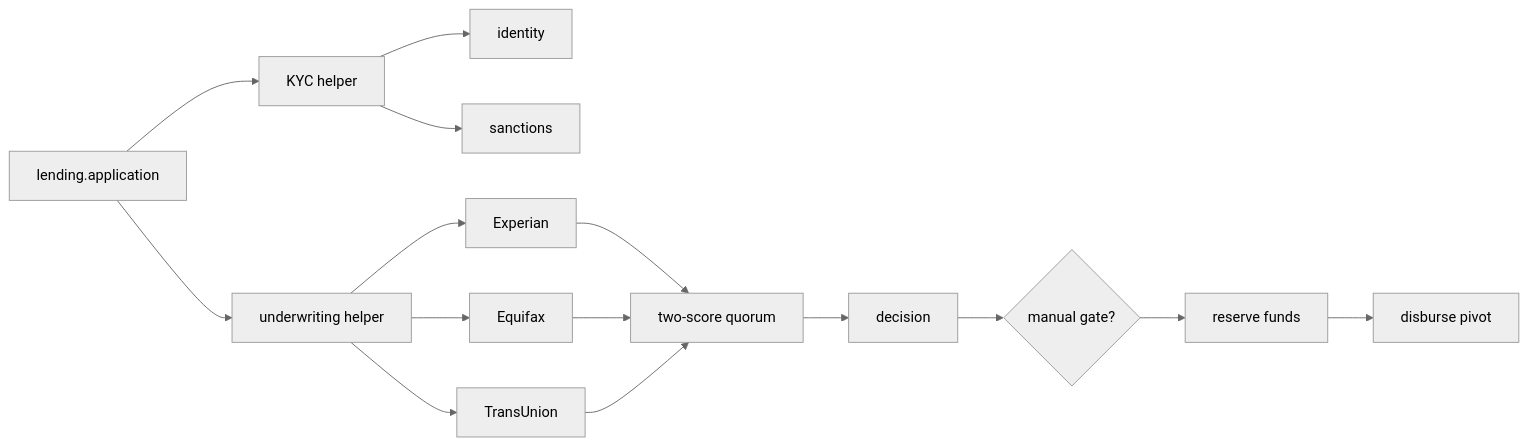
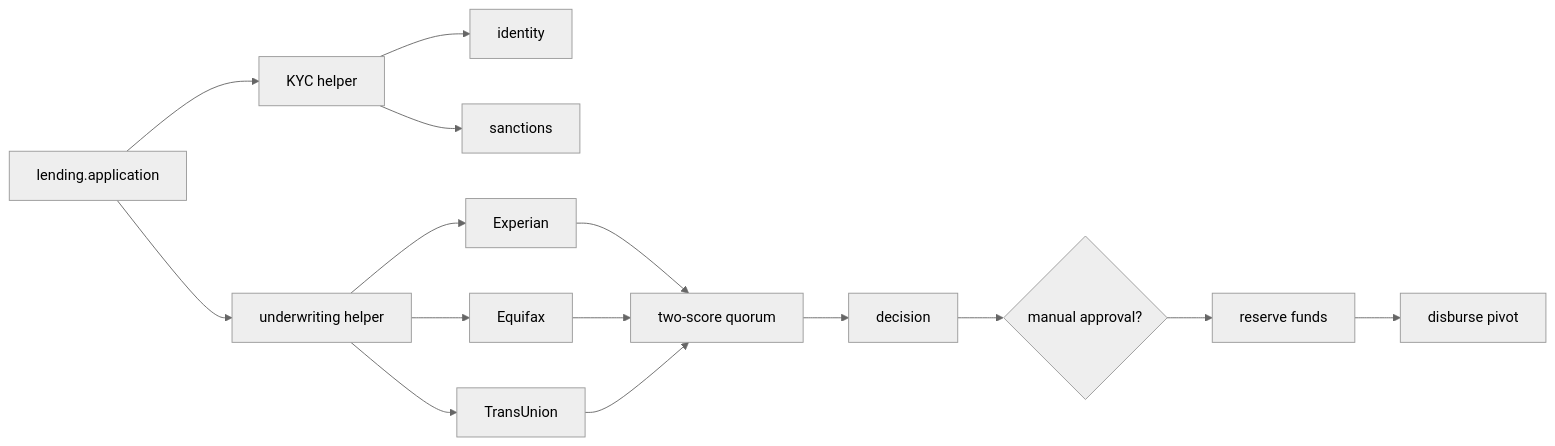
One commit to vedhlabs/sdk-examples changed the diagram in docs/lending.md. Above: the diagram before and after it, drawn with Mermaid (neutral theme). The commit also changed other lines of this file and 54 other files, not shown here.

````diff
--- a/docs/lending.md
+++ b/docs/lending.md
@@ -27,17 +27,17 @@
 ```mermaid
 flowchart LR
     A[lending.application] --> K[KYC helper]
     K --> I[identity]
     K --> S[sanctions]
     A --> U[underwriting helper]
     U --> B1[Experian]
     U --> B2[Equifax]
     U --> B3[TransUnion]
     B1 --> Q[two-score quorum]
     B2 --> Q
     B3 --> Q
     Q --> D[decision]
-    D --> G{manual gate?}
+    D --> G{manual approval?}
     G --> R[reserve funds]
     R --> X[disburse pivot]
 ```
````
